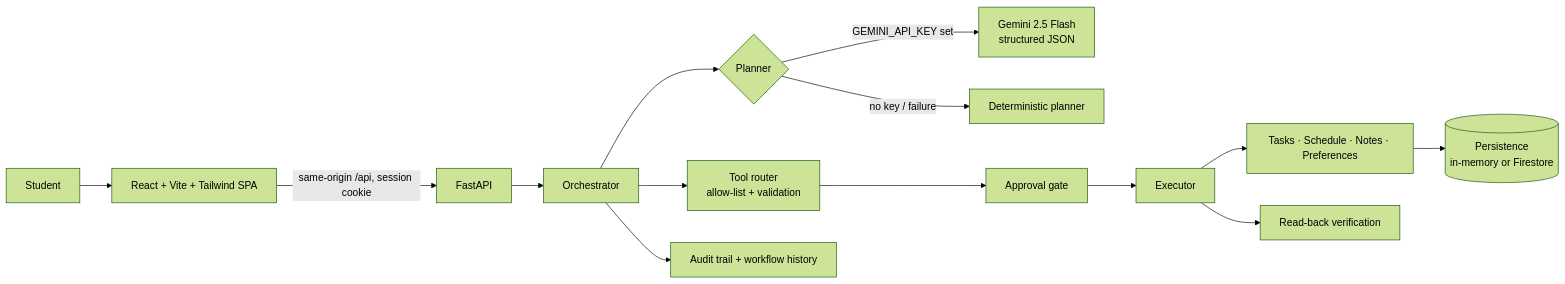
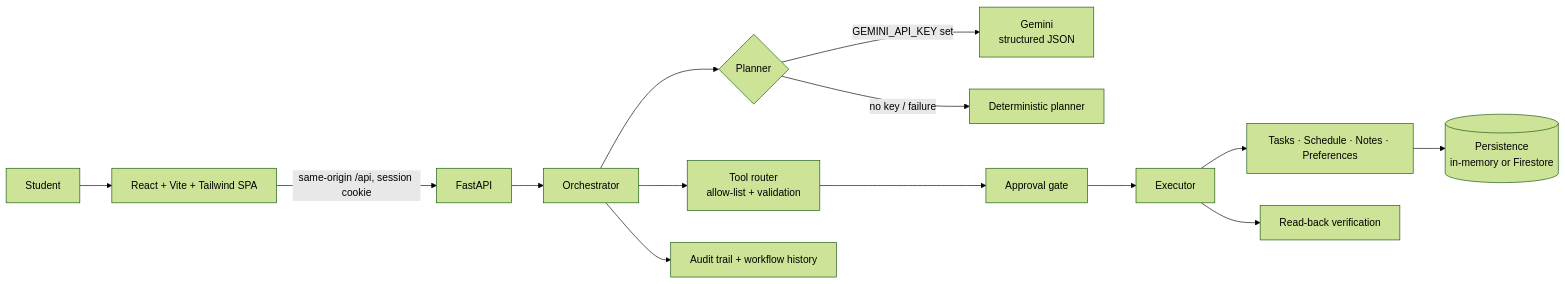
Before and after one commit to kirancodes-dev/promptwars-campus-agent: the diagram in README.md, drawn with Mermaid (forest theme). The commit also changed other lines of this file and 9 other files, not shown here.

````diff
--- a/README.md
+++ b/README.md
@@ -65,16 +65,16 @@
 ```mermaid
 flowchart LR
   U[Student] --> FE[React + Vite + Tailwind SPA]
   FE -->|same-origin /api, session cookie| API[FastAPI]
   API --> ORC[Orchestrator]
   ORC --> PL{Planner}
-  PL -->|GEMINI_API_KEY set| GEM[Gemini 2.5 Flash<br/>structured JSON]
+  PL -->|GEMINI_API_KEY set| GEM[Gemini<br/>structured JSON]
   PL -->|no key / failure| DET[Deterministic planner]
   ORC --> RT[Tool router<br/>allow-list + validation]
   RT --> GATE[Approval gate]
   GATE --> EX[Executor]
   EX --> TOOLS[Tasks · Schedule · Notes · Preferences]
   TOOLS --> P[(Persistence<br/>in-memory or Firestore)]
   EX --> VER[Read-back verification]
   ORC --> AUD[Audit trail + workflow history]
 ```
````
